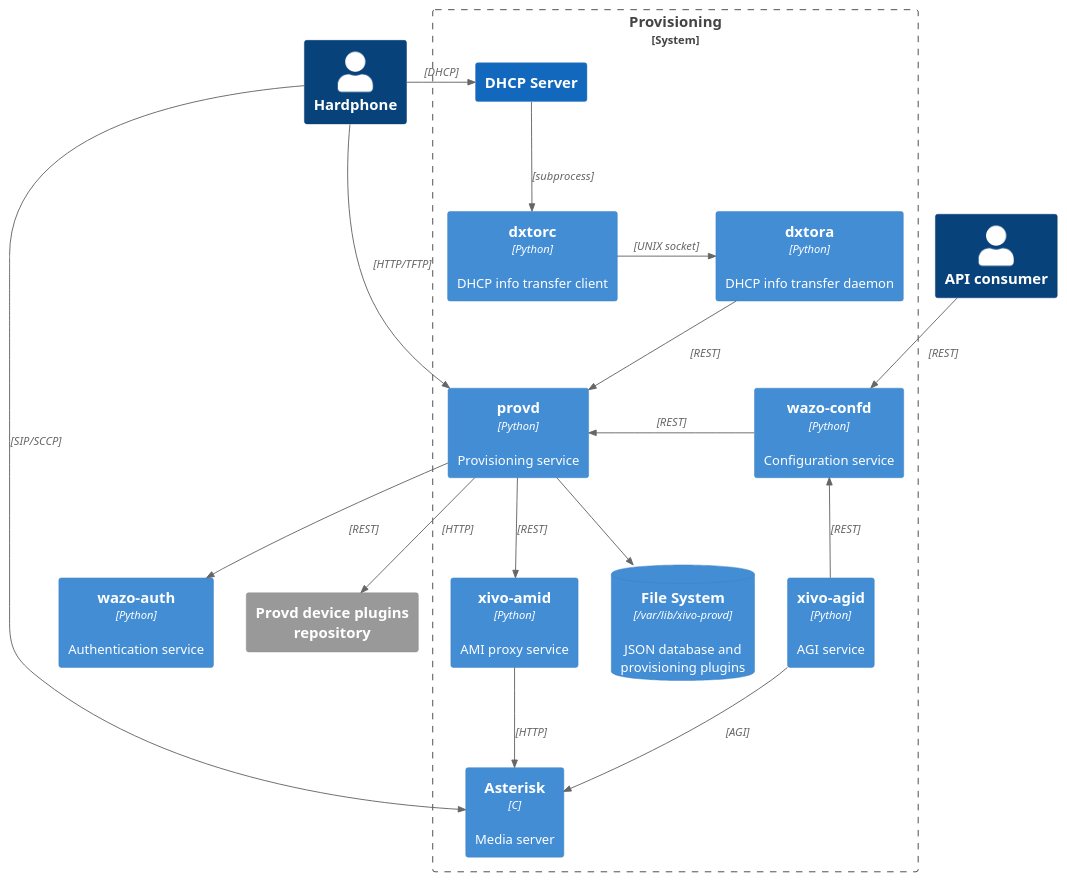
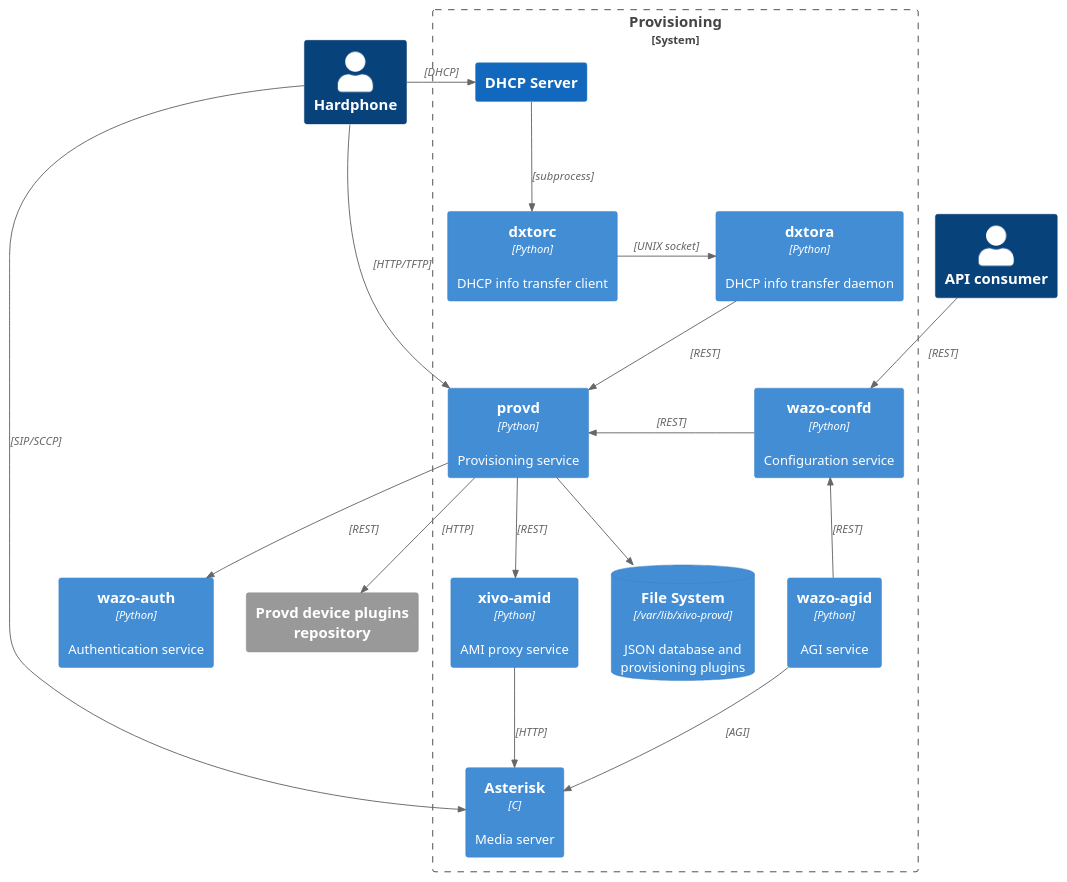
One commit to wazo-platform/wazo-platform.org changed the diagram in content/provd/diagram.puml. Above: the diagram before and after it, drawn with PlantUML. The commit also changed 2 other files, not shown here.

Commit message:
rename xivo-agid to wazo-agid

```diff
--- a/content/provd/diagram.puml
+++ b/content/provd/diagram.puml
@@ -1,48 +1,48 @@
 @startuml
 !includeurl https://raw.githubusercontent.com/RicardoNiepel/C4-PlantUML/release/1-0/C4_Container.puml
 
 hide stereotype
 
 Person(phone, "Hardphone")
 Person(consumer, "API consumer")
 
 System_Boundary(provd_system, "Provisioning") {
     Container(provd_app, "provd", "Python", "Provisioning service")
     Container(dxtorc, "dxtorc", "Python", "DHCP info transfer client")
     Container(dxtora, "dxtora", "Python", "DHCP info transfer daemon")
     System(dhcp_server, "DHCP Server")
     Container(asterisk, "Asterisk", "C", "Media server")
     Container(confd, "wazo-confd", "Python", "Configuration service") [["../documentation/overview/configuration.html"]]
-    Container(agid, "xivo-agid", "Python", "AGI service")
+    Container(agid, "wazo-agid", "Python", "AGI service")
     Container(amid, "xivo-amid", "Python", "AMI proxy service") [["../documentation/overview/amid.html"]]
     ContainerDb(filesystem, "File System", "/var/lib/xivo-provd", "JSON database and provisioning plugins")
 }
 Container(auth, "wazo-auth", "Python", "Authentication service") [["../documentation/overview/authentication.html"]]
 System_Ext(provd_plugins, "Provd device plugins repository")
 
 ' Relationships
 Rel_R(phone, dhcp_server, " ", "DHCP")
 Rel_R(phone, provd_app, " ", "HTTP/TFTP")
 Rel_R(phone, asterisk, " ", "SIP/SCCP")
 
 Rel(agid, asterisk, " ", "AGI")
 Rel_U(agid, confd, " ", "REST")
 
 Rel_D(amid, asterisk, " ", "HTTP")
 Rel(provd_app, amid, " ", "REST")
 
 Rel(dhcp_server, dxtorc, " ", "subprocess")
 Rel_R(dxtorc, dxtora, " ", "UNIX socket")
 Rel(dxtora, provd_app, " ", "REST")
 
 Rel_L(confd, provd_app, " ", "REST")
 
 Rel(provd_app, filesystem, " ")
 Rel(provd_app, auth, " ", "REST")
 
 Rel(consumer, confd, " ", "REST")
 
 Rel(provd_app, provd_plugins, " ", "HTTP")
 
 
 @enduml
```
